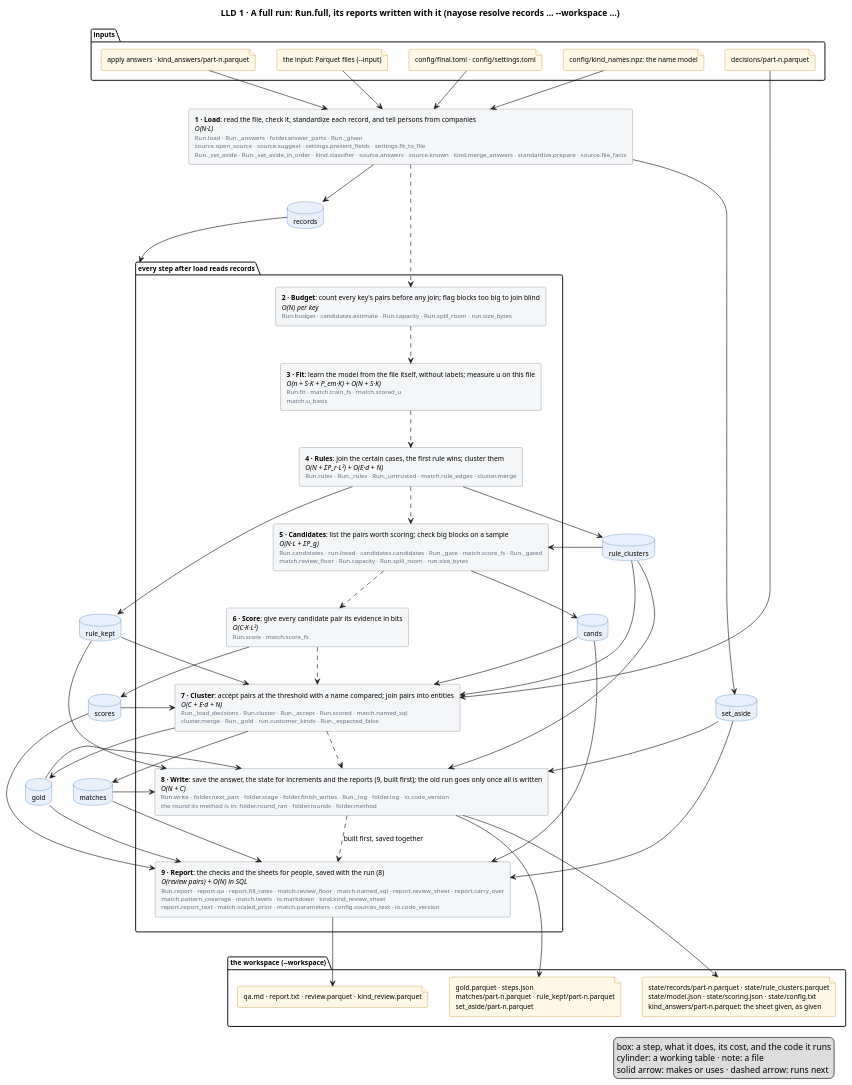
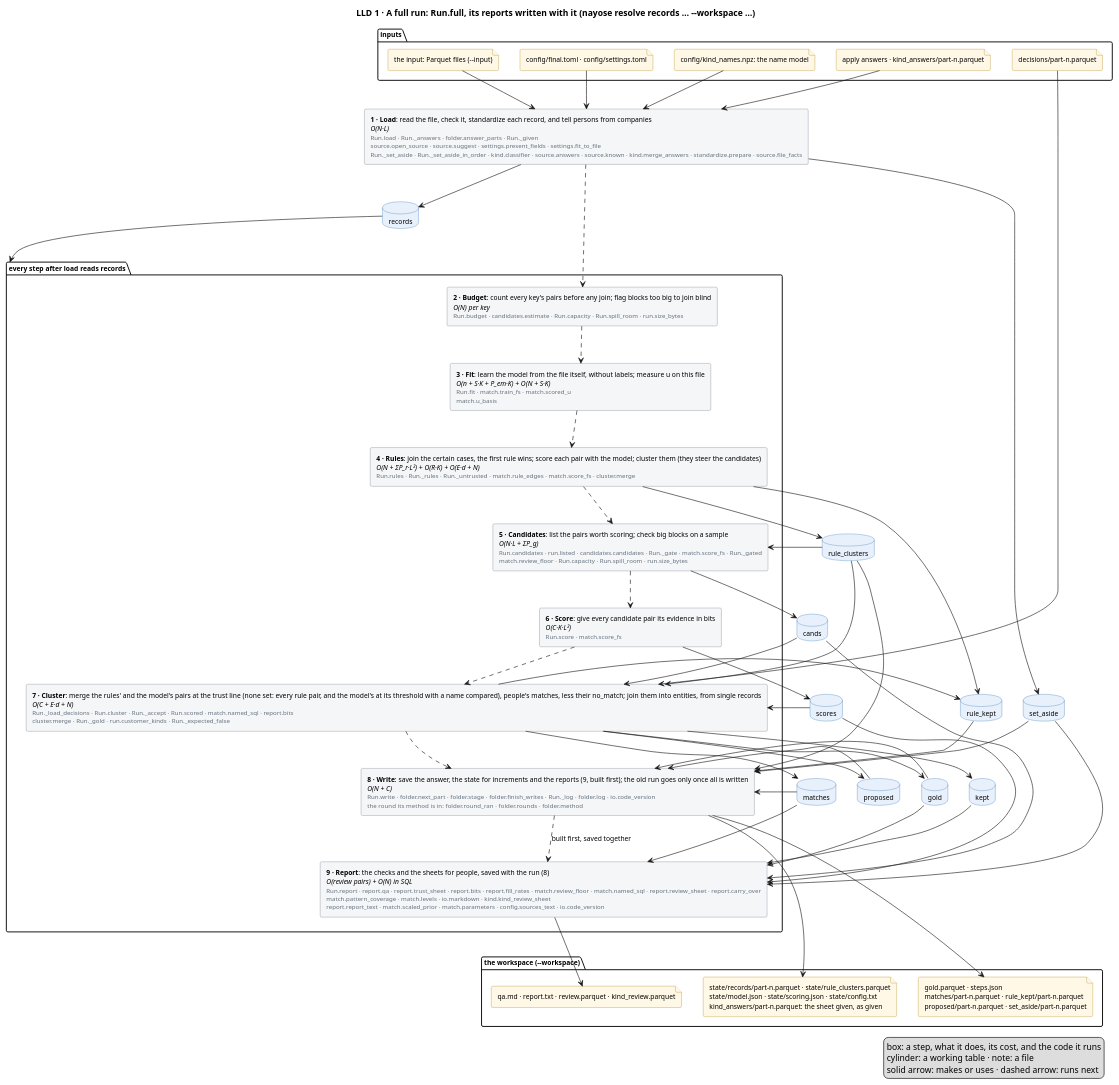
Before and after one commit to mvsbm/entity_matching: the diagram in docs/diagrams/full-run.puml, drawn with PlantUML. The commit also changed 17 other files, not shown here.

First line of the commit message:
The trust line: nothing joins before people have checked a sample of its score range

```diff
--- a/docs/diagrams/full-run.puml
+++ b/docs/diagrams/full-run.puml
@@ -1,100 +1,106 @@
 @startuml full-run
 title LLD 1 · A full run: Run.full, its reports written with it (nayose resolve records … ~--workspace …)
 skinparam defaultFontSize 11
 skinparam rectangle {
   BackgroundColor #F4F6F8
   BorderColor #65717E
 }
 skinparam database {
   BackgroundColor #E8F1FB
   BorderColor #2C6DB3
 }
 skinparam file {
   BackgroundColor #FFF8E6
   BorderColor #B07D00
 }
 
 package "inputs" {
   file "the input: Parquet files (~--input)" as f_input
   file "config/final.toml · config/settings.toml" as f_config
   file "config/kind_names.npz: the name model" as f_names
   file "apply answers · kind_answers/part-n.parquet" as f_answers
   file "decisions/part-n.parquet" as f_decisions
 }
 
 
 rectangle "<b>1 · Load</b>: read the file, check it, standardize each record, and tell persons from companies\n<i>O(N·L)</i>\n<size:10><color:#65717E>Run.load · Run._answers · folder.answer_parts · Run._given</color></size>\n<size:10><color:#65717E>source.open_source · source.suggest · settings.present_fields · settings.fit_to_file</color></size>\n<size:10><color:#65717E>Run._set_aside · Run._set_aside_in_order · kind.classifier · source.answers · source.known · kind.merge_answers · standardize.prepare · source.file_facts</color></size>" as load
 package "every step after load reads records" as after_load {
   rectangle "<b>2 · Budget</b>: count every key's pairs before any join; flag blocks too big to join blind\n<i>O(N) per key</i>\n<size:10><color:#65717E>Run.budget · candidates.estimate · Run.capacity · Run.spill_room · run.size_bytes</color></size>" as budget
   rectangle "<b>3 · Fit</b>: learn the model from the file itself, without labels; measure u on this file\n<i>O(n + S·K + P_em·K) + O(N + S·K)</i>\n<size:10><color:#65717E>Run.fit · match.train_fs · match.scored_u</color></size>\n<size:10><color:#65717E>match.u_basis</color></size>" as fit
-  rectangle "<b>4 · Rules</b>: join the certain cases, the first rule wins; cluster them\n<i>O(N + ΣP_r·L²) + O(E·d + N)</i>\n<size:10><color:#65717E>Run.rules · Run._rules · Run._untrusted · match.rule_edges · cluster.merge</color></size>" as rules
+  rectangle "<b>4 · Rules</b>: join the certain cases, the first rule wins; score each pair with the model; cluster them (they steer the candidates)\n<i>O(N + ΣP_r·L²) + O(R·K) + O(E·d + N)</i>\n<size:10><color:#65717E>Run.rules · Run._rules · Run._untrusted · match.rule_edges · match.score_fs · cluster.merge</color></size>" as rules
   rectangle "<b>5 · Candidates</b>: list the pairs worth scoring; check big blocks on a sample\n<i>O(N·L + ΣP_g)</i>\n<size:10><color:#65717E>Run.candidates · run.listed · candidates.candidates · Run._gate · match.score_fs · Run._gated</color></size>\n<size:10><color:#65717E>match.review_floor · Run.capacity · Run.spill_room · run.size_bytes</color></size>" as candidates
   rectangle "<b>6 · Score</b>: give every candidate pair its evidence in bits\n<i>O(C·K·L²)</i>\n<size:10><color:#65717E>Run.score · match.score_fs</color></size>" as score
-  rectangle "<b>7 · Cluster</b>: accept pairs at the threshold with a name compared; join pairs into entities\n<i>O(C + E·d + N)</i>\n<size:10><color:#65717E>Run._load_decisions · Run.cluster · Run._accept · Run.scored · match.named_sql</color></size>\n<size:10><color:#65717E>cluster.merge · Run._gold · run.customer_kinds · Run._expected_false</color></size>" as cluster
+  rectangle "<b>7 · Cluster</b>: merge the rules' and the model's pairs at the trust line (none set: every rule pair, and the model's at its threshold with a name compared), people's matches, less their no_match; join them into entities, from single records\n<i>O(C + E·d + N)</i>\n<size:10><color:#65717E>Run._load_decisions · Run.cluster · Run._accept · Run.scored · match.named_sql · report.bits</color></size>\n<size:10><color:#65717E>cluster.merge · Run._gold · run.customer_kinds · Run._expected_false</color></size>" as cluster
   rectangle "<b>8 · Write</b>: save the answer, the state for increments and the reports (9, built first); the old run goes only once all is written\n<i>O(N + C)</i>\n<size:10><color:#65717E>Run.write · folder.next_part · folder.stage · folder.finish_writes · Run._log · folder.log · io.code_version</color></size>\n<size:10><color:#65717E>the round its method is in: folder.round_ran · folder.rounds · folder.method</color></size>" as write
-  rectangle "<b>9 · Report</b>: the checks and the sheets for people, saved with the run (8)\n<i>O(review pairs) + O(N) in SQL</i>\n<size:10><color:#65717E>Run.report · report.qa · report.fill_rates · match.review_floor · match.named_sql · report.review_sheet · report.carry_over</color></size>\n<size:10><color:#65717E>match.pattern_coverage · match.levels · io.markdown · kind.kind_review_sheet</color></size>\n<size:10><color:#65717E>report.report_text · match.scaled_prior · match.parameters · config.sources_text · io.code_version</color></size>" as report
+  rectangle "<b>9 · Report</b>: the checks and the sheets for people, saved with the run (8)\n<i>O(review pairs) + O(N) in SQL</i>\n<size:10><color:#65717E>Run.report · report.qa · report.trust_sheet · report.bits · report.fill_rates · match.review_floor · match.named_sql · report.review_sheet · report.carry_over</color></size>\n<size:10><color:#65717E>match.pattern_coverage · match.levels · io.markdown · kind.kind_review_sheet</color></size>\n<size:10><color:#65717E>report.report_text · match.scaled_prior · match.parameters · config.sources_text · io.code_version</color></size>" as report
 }
 database "records" as records
 database "set_aside" as set_aside
 database "rule_clusters" as rule_clusters
 database "rule_kept" as rule_kept
 database "cands" as cands
 database "scores" as scores
 database "matches" as matches
+database "proposed" as proposed
+database "kept" as kept
 database "gold" as gold
 
 package "the workspace (~--workspace)" {
-  file "gold.parquet · steps.json\nmatches/part-n.parquet · rule_kept/part-n.parquet\nset_aside/part-n.parquet" as f_out
+  file "gold.parquet · steps.json\nmatches/part-n.parquet · rule_kept/part-n.parquet\nproposed/part-n.parquet · set_aside/part-n.parquet" as f_out
   file "state/records/part-n.parquet · state/rule_clusters.parquet\nstate/model.json · state/scoring.json · state/config.txt\nkind_answers/part-n.parquet: the sheet given, as given" as f_state
   file "qa.md · report.txt · review.parquet · kind_review.parquet" as f_people
 }
 
 f_input --> load
 f_config --> load
 f_names --> load
 f_answers --> load
 f_decisions --> cluster
 
 load ..> budget
 budget ..> fit
 fit ..> rules
 rules ..> candidates
 candidates ..> score
 score ..> cluster
 cluster ..> write
 write ..> report : built first, saved together
 
 load --> records
 load --> set_aside
 records --> after_load
 rules --> rule_clusters
 rules --> rule_kept
 rule_clusters --> candidates
 rule_clusters --> cluster
 rule_clusters --> write
-rule_kept --> cluster
 rule_kept --> write
 candidates --> cands
 cands --> cluster
 cands --> report
 score --> scores
 scores --> cluster
 scores --> report
 cluster --> matches
+cluster --> proposed
+cluster --> kept
+cluster --> rule_kept
+kept --> report
+proposed --> write
 cluster --> gold
 matches --> write
 matches --> report
 gold --> write
 gold --> report
 set_aside --> write
 set_aside --> report
 
 write --> f_out
 write --> f_state
 report --> f_people
 legend right
   box: a step, what it does, its cost, and the code it runs
   cylinder: a working table · note: a file
   solid arrow: makes or uses · dashed arrow: runs next
 endlegend
 @enduml
```
